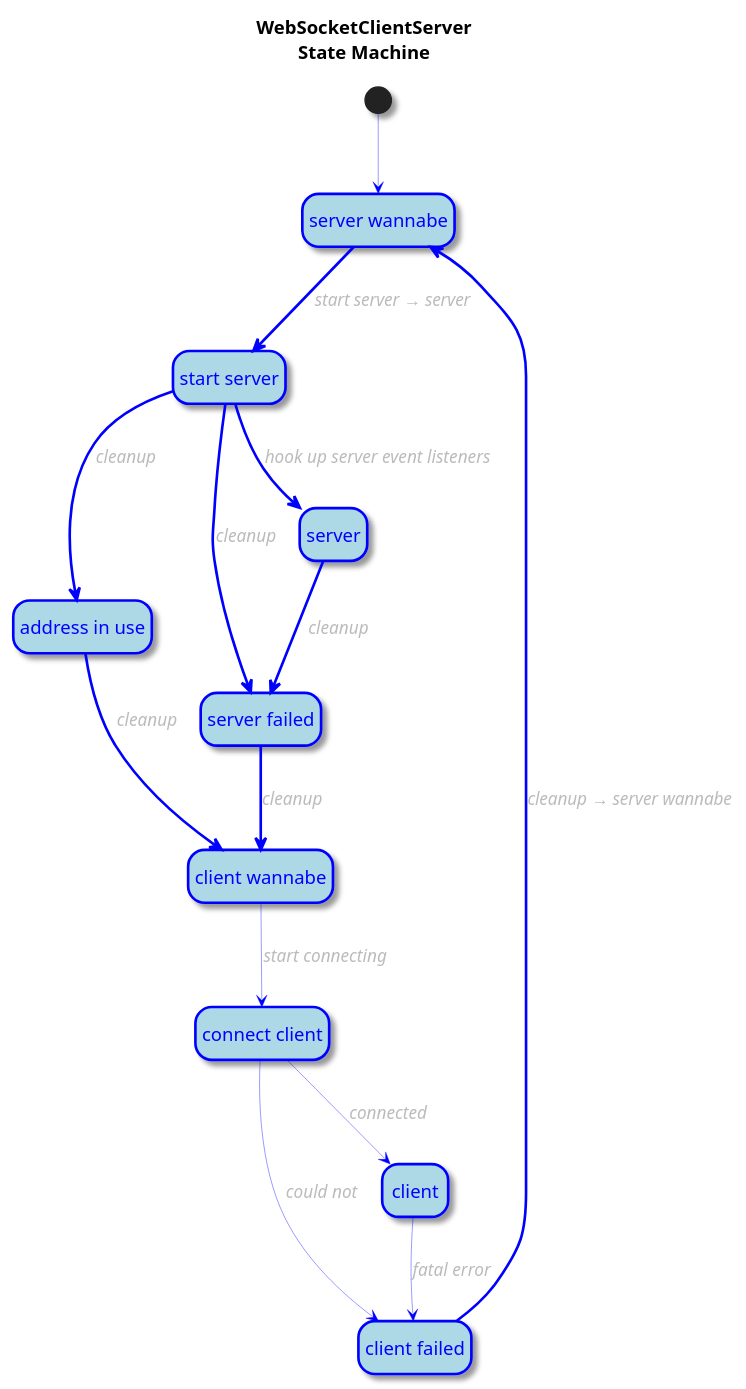
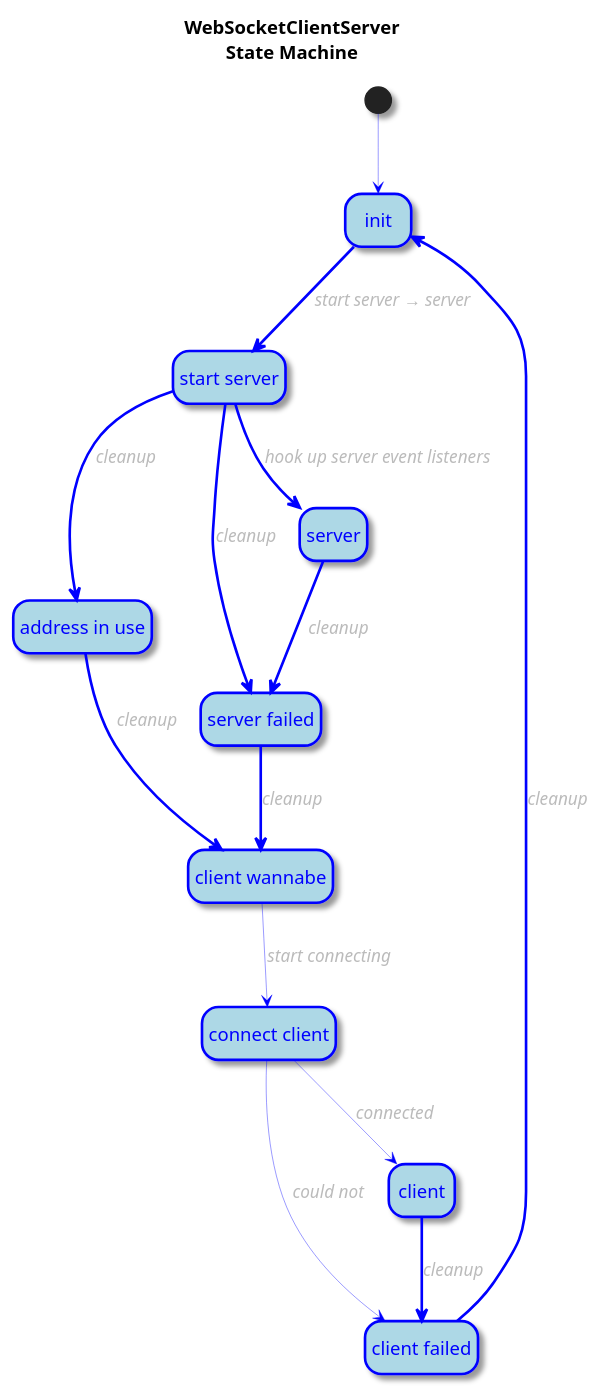
Before and after one commit to hugojosefson/deno-websocket-broadcastchannel: the diagram in src/client-server-state.puml, drawn with PlantUML. The commit also changed 3 other files, not shown here.

```diff
--- a/src/client-server-state.puml
+++ b/src/client-server-state.puml
@@ -1,39 +1,39 @@
 @startuml
 hide empty description
 
 skinparam shadowing            true
 skinparam ArrowFontColor       #bbb
 skinparam ArrowFontStyle       italic
 skinparam ArrowColor           blue
 skinparam ArrowThickness       0.3
 skinparam StateFontColor       blue
 skinparam StateBackgroundColor lightblue
 skinparam StateBorderColor     blue
 skinparam StateBorderThickness 2
 
 title "WebSocketClientServer\nState Machine"
 
-state "server wannabe" as server_wannabe
+state "init"           as init
 state "start server"   as start_server
 state "server"         as server
 state "address in use" as address_in_use
 state "server failed"  as server_failed
 state "client wannabe" as client_wannabe
 state "connect client" as connect_client
 state "client"         as client
 state "client failed"  as client_failed
 
-[*]            -->              server_wannabe
-server_wannabe -[thickness=2]-> start_server   : start server → server
+[*]            -->              init
+init           -[thickness=2]-> start_server   : start server → server
 start_server   -[thickness=2]-> address_in_use : cleanup
 start_server   -[thickness=2]-> server_failed  : cleanup
 start_server   -[thickness=2]-> server         : hook up server event listeners
 server         -[thickness=2]-> server_failed  : cleanup
 address_in_use -[thickness=2]-> client_wannabe : cleanup
 server_failed  -[thickness=2]-> client_wannabe : cleanup
 client_wannabe -->              connect_client : start connecting
 connect_client -->              client         : connected
 connect_client -->              client_failed  : could not
-client         -->              client_failed  : fatal error
-client_failed  -[thickness=2]-> server_wannabe : cleanup → server wannabe
+client         -[thickness=2]-> client_failed  : cleanup
+client_failed  -[thickness=2]-> init           : cleanup
 @enduml
```
